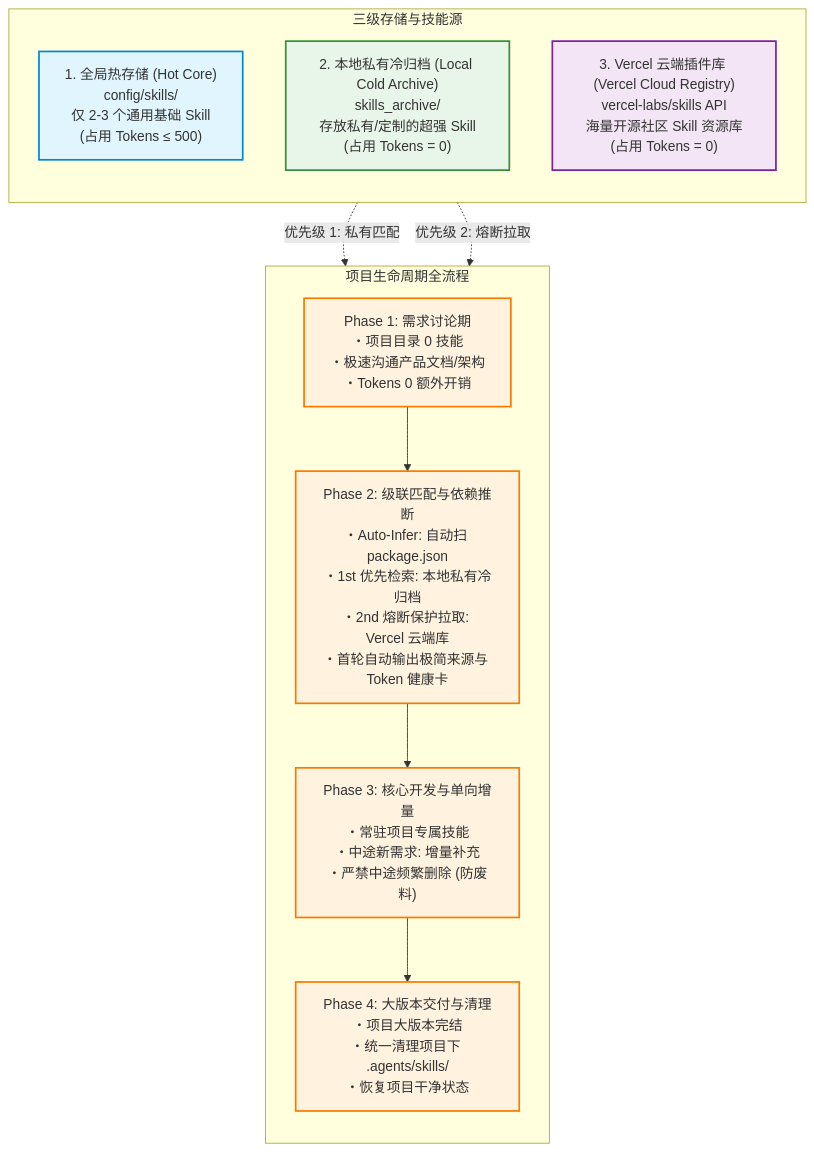
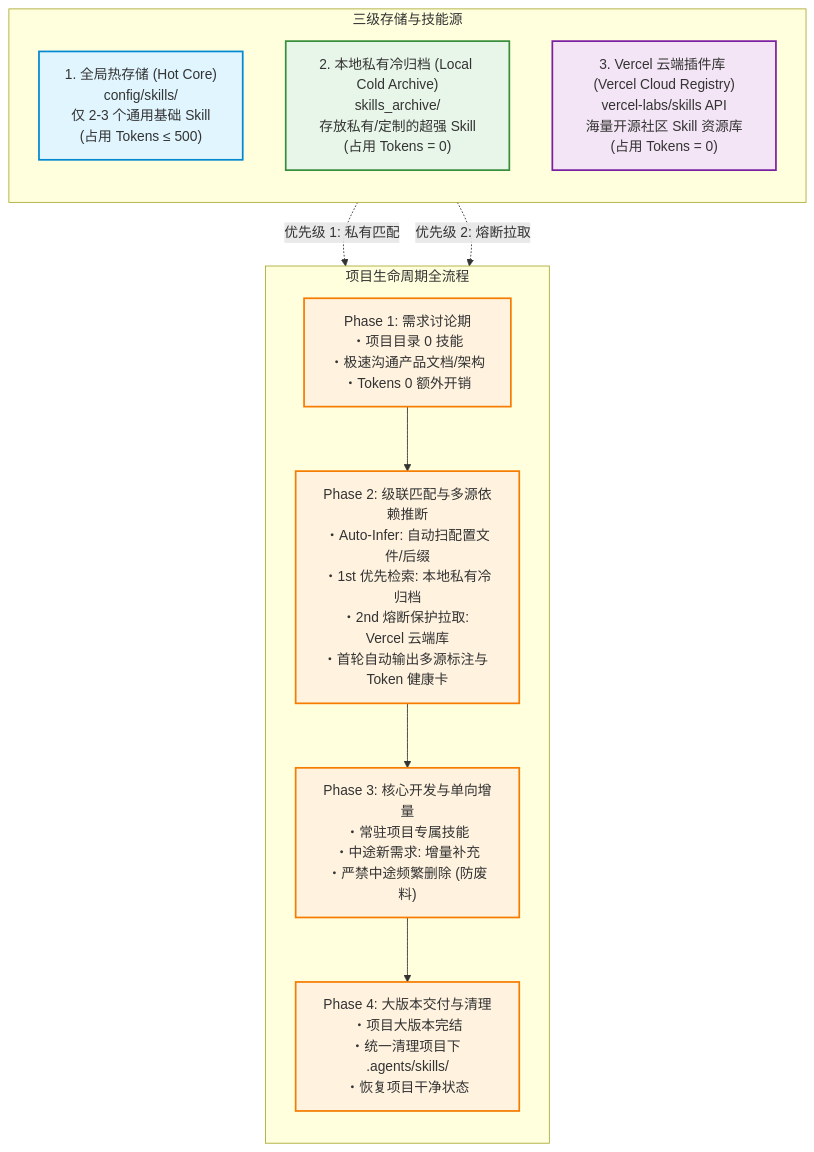
The first of 2 diagrams in README.md (amasun/skill-orchestrator), drawn with Mermaid before and after one commit. The commit also changed other lines of this file and 1 other file, not shown here.

Commit message:
Docs: Document 5 inference source categories (package.json, requirements.txt, file extensions, chat intent, explicit trigger)

````diff
--- a/README.md
+++ b/README.md
@@ -75,27 +84,27 @@
 ```mermaid
 flowchart TD
     classDef hotStyle fill:#e1f5fe,stroke:#0288d1,stroke-width:2px;
     classDef coldStyle fill:#e8f5e9,stroke:#388e3c,stroke-width:2px;
     classDef cloudStyle fill:#f3e5f5,stroke:#7b1fa2,stroke-width:2px;
     classDef phaseStyle fill:#fff3e0,stroke:#f57c00,stroke-width:2px;
 
     subgraph STORAGE["三级存储与技能源"]
         direction TB
         HotCore["1. 全局热存储 (Hot Core)<br>config/skills/<br>仅 2-3 个通用基础 Skill<br>(占用 Tokens &le; 500)"]:::hotStyle
         ColdArchive["2. 本地私有冷归档 (Local Cold Archive)<br>skills_archive/<br>存放私有/定制的超强 Skill<br>(占用 Tokens = 0)"]:::coldStyle
         VercelCloud["3. Vercel 云端插件库 (Vercel Cloud Registry)<br>vercel-labs/skills API<br>海量开源社区 Skill 资源库<br>(占用 Tokens = 0)"]:::cloudStyle
     end
 
     subgraph LIFECYCLE["项目生命周期全流程"]
         direction TB
         P1["Phase 1: 需求讨论期<br>・项目目录 0 技能<br>・极速沟通产品文档/架构<br>・Tokens 0 额外开销"]:::phaseStyle
-        P2["Phase 2: 级联匹配与依赖推断<br>・Auto-Infer: 自动扫 package.json<br>・1st 优先检索: 本地私有冷归档<br>・2nd 熔断保护拉取: Vercel 云端库<br>・首轮自动输出极简来源与 Token 健康卡"]:::phaseStyle
+        P2["Phase 2: 级联匹配与多源依赖推断<br>・Auto-Infer: 自动扫配置文件/后缀<br>・1st 优先检索: 本地私有冷归档<br>・2nd 熔断保护拉取: Vercel 云端库<br>・首轮自动输出多源标注与 Token 健康卡"]:::phaseStyle
         P3["Phase 3: 核心开发与单向增量<br>・常驻项目专属技能<br>・中途新需求: 增量补充<br>・严禁中途频繁删除 (防废料)"]:::phaseStyle
         P4["Phase 4: 大版本交付与清理<br>・项目大版本完结<br>・统一清理项目下 .agents/skills/<br>・恢复项目干净状态"]:::phaseStyle
 
         P1 --> P2 --> P3 --> P4
     end
 
     ColdArchive -.->|优先级 1: 私有匹配| P2
     VercelCloud -.->|优先级 2: 熔断拉取| P2
 ```
````
